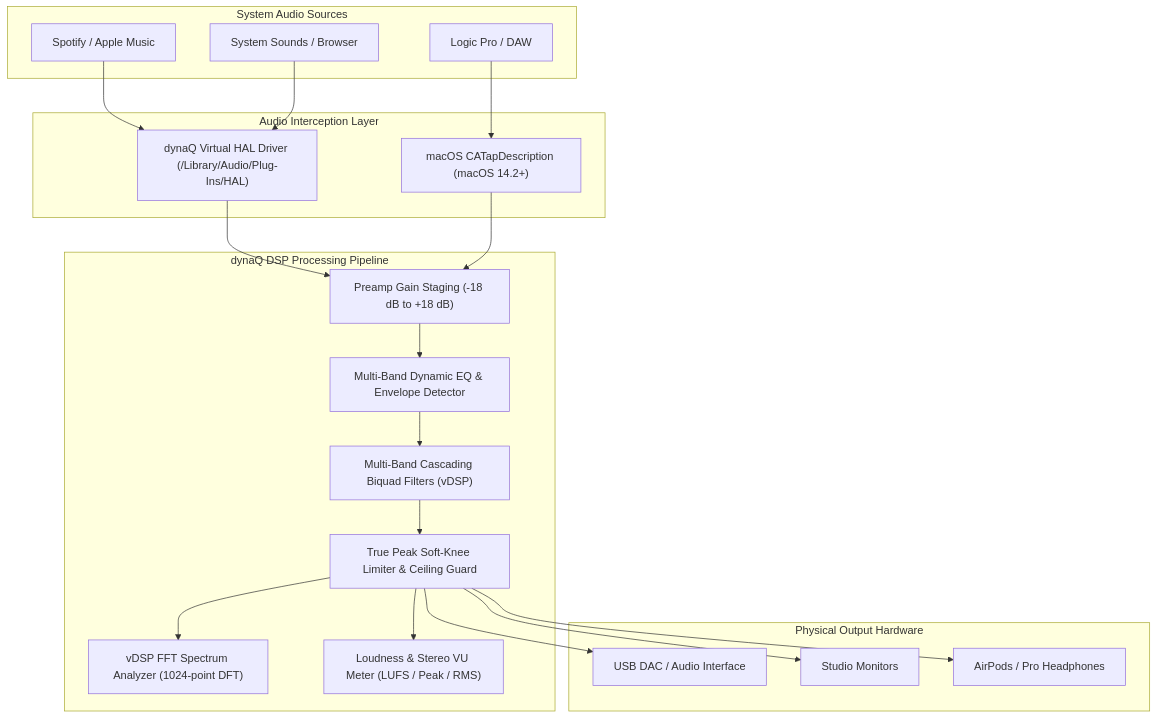
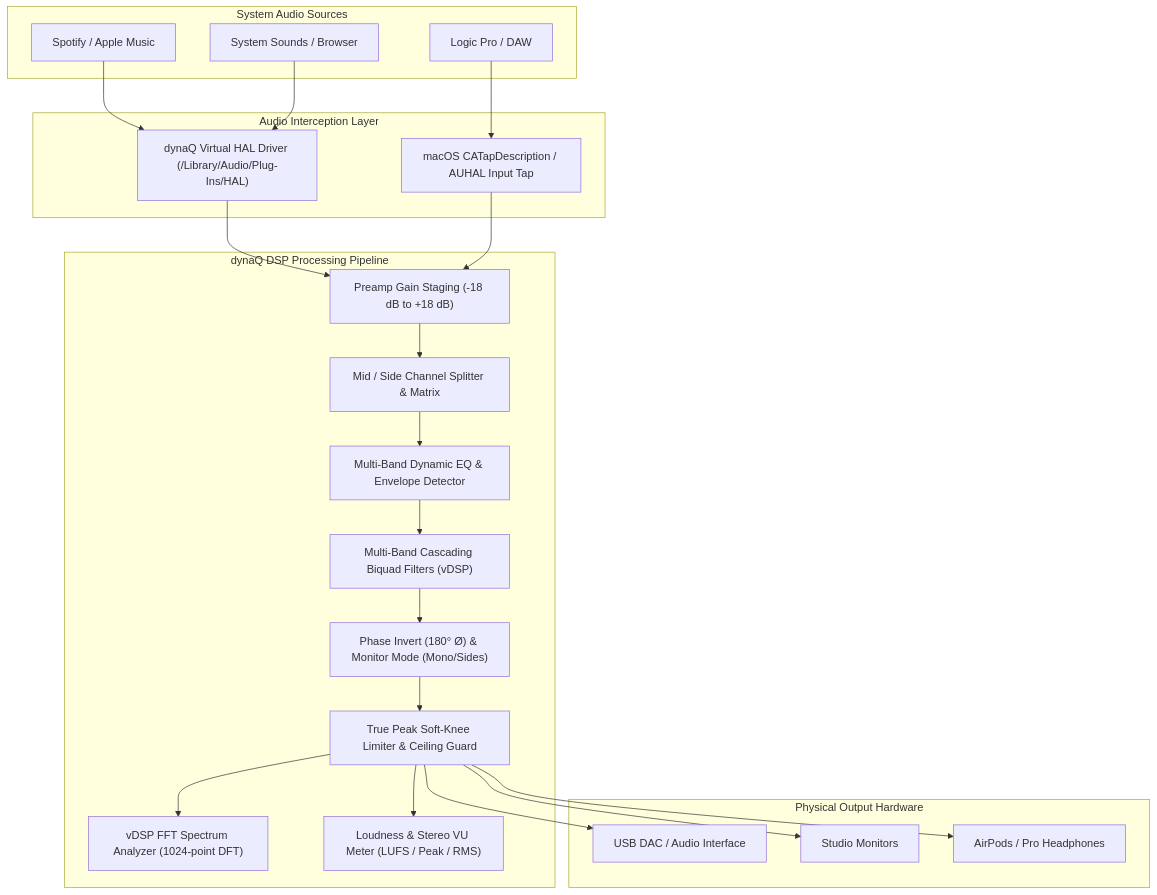
The diagram in README.md (Gabe-Macri/dynaQ), drawn with Mermaid before and after one commit. The commit also changed other lines of this file and 15 other files, not shown here.

````diff
--- a/README.md
+++ b/README.md
@@ -42,45 +41,49 @@
 ```mermaid
 flowchart TD
     subgraph System Audio Sources
         App1["Spotify / Apple Music"]
         App2["Logic Pro / DAW"]
         App3["System Sounds / Browser"]
     end
 
     subgraph Audio Interception Layer
         HAL["dynaQ Virtual HAL Driver (/Library/Audio/Plug-Ins/HAL)"]
-        Tap["macOS CATapDescription (macOS 14.2+)"]
+        Tap["macOS CATapDescription / AUHAL Input Tap"]
     end
 
     subgraph dynaQ DSP Processing Pipeline
         Preamp["Preamp Gain Staging (-18 dB to +18 dB)"]
+        MS["Mid / Side Channel Splitter & Matrix"]
         DynamicEQ["Multi-Band Dynamic EQ & Envelope Detector"]
         ParametricEQ["Multi-Band Cascading Biquad Filters (vDSP)"]
+        Phase["Phase Invert (180° Ø) & Monitor Mode (Mono/Sides)"]
         Limiter["True Peak Soft-Knee Limiter & Ceiling Guard"]
         FFT["vDSP FFT Spectrum Analyzer (1024-point DFT)"]
         Meters["Loudness & Stereo VU Meter (LUFS / Peak / RMS)"]
     end
 
     subgraph Physical Output Hardware
         DAC["USB DAC / Audio Interface"]
         Monitors["Studio Monitors"]
         Headphones["AirPods / Pro Headphones"]
     end
 
     App1 --> HAL
     App2 --> Tap
     App3 --> HAL
 
     HAL --> Preamp
     Tap --> Preamp
 
-    Preamp --> DynamicEQ
+    Preamp --> MS
+    MS --> DynamicEQ
     DynamicEQ --> ParametricEQ
-    ParametricEQ --> Limiter
+    ParametricEQ --> Phase
+    Phase --> Limiter
     Limiter --> FFT
     Limiter --> Meters
 
     Limiter --> DAC
     Limiter --> Monitors
     Limiter --> Headphones
 ```
````
